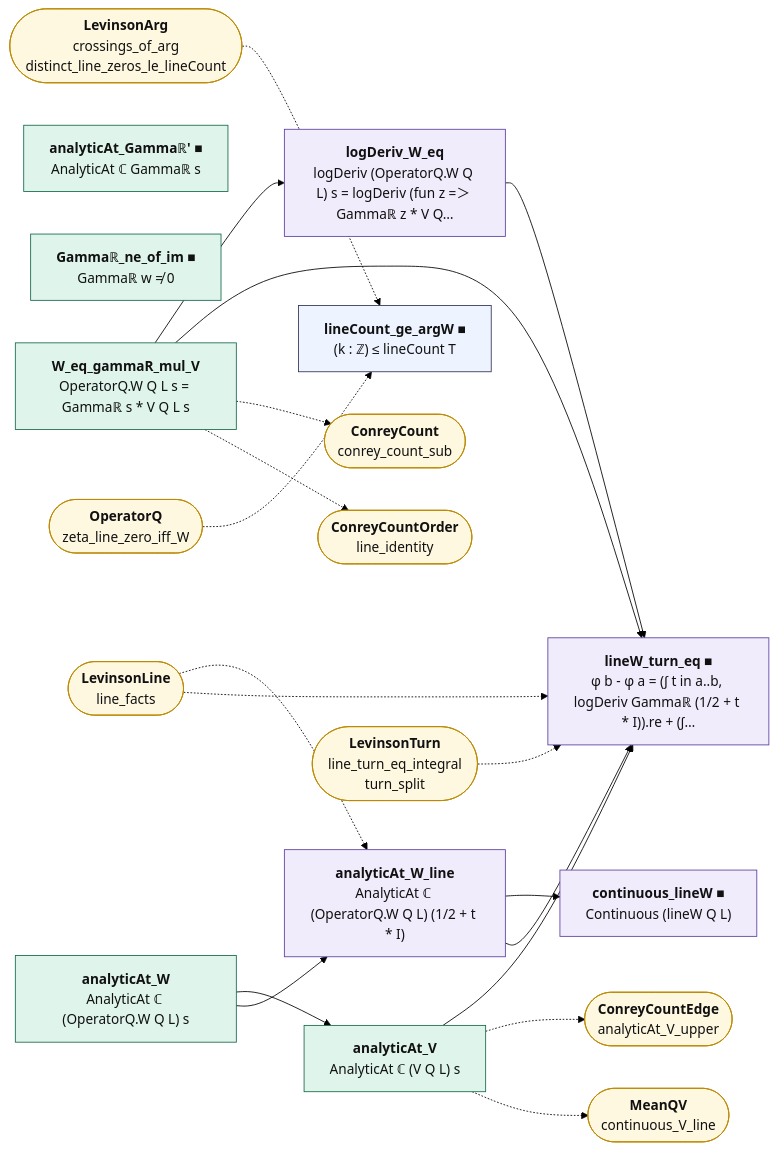
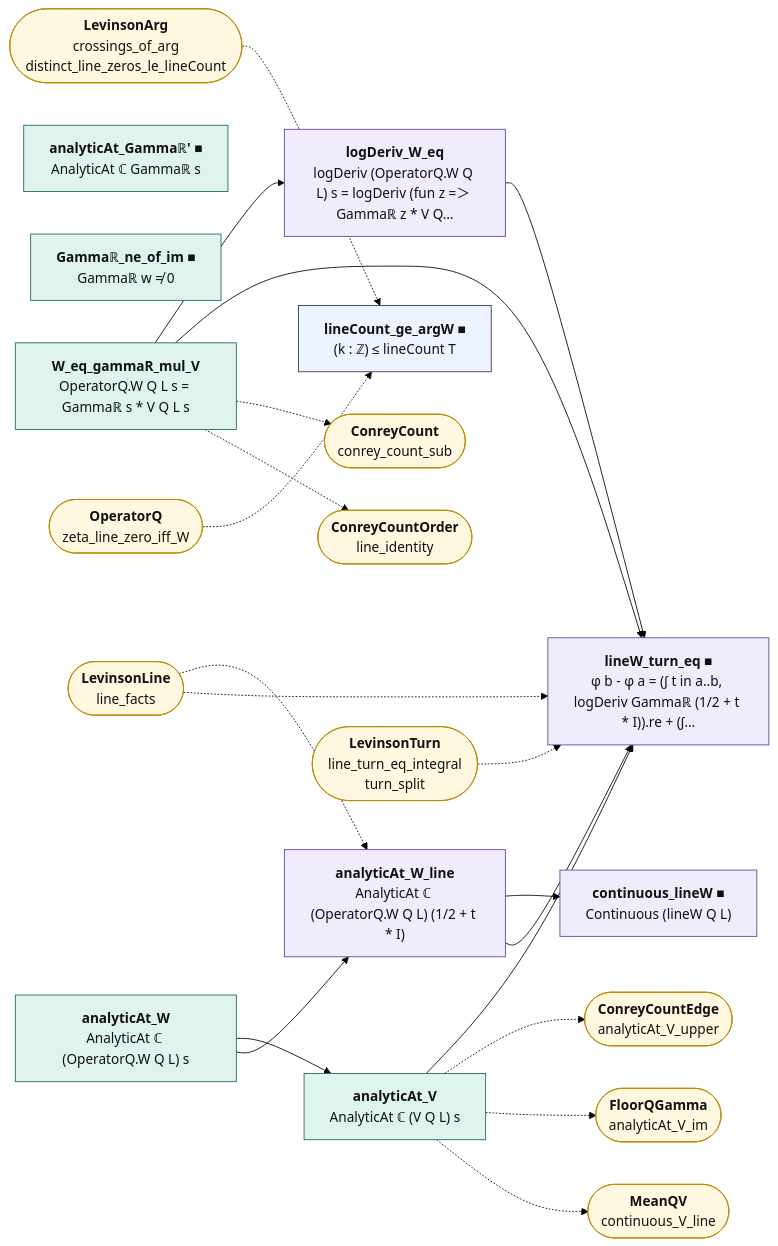
Before and after one commit to juliansambranojr/Primebeat_081426: the diagram in map/lean_stage3/ConreyCountLine.md, drawn with Mermaid (forest theme). The commit also changed other lines of this file and 70 other files, not shown here.

````diff
--- a/map/lean_stage3/ConreyCountLine.md
+++ b/map/lean_stage3/ConreyCountLine.md
@@ -14,46 +14,48 @@
 ```mermaid
 flowchart LR
   n0["<b>analyticAt_W</b><br/>AnalyticAt ℂ (OperatorQ.W Q L) s"]:::cnt
   n1["<b>analyticAt_Gammaℝ' ■</b><br/>AnalyticAt ℂ Gammaℝ s"]:::cnt
   n2["<b>analyticAt_V</b><br/>AnalyticAt ℂ (V Q L) s"]:::cnt
   n3["<b>Gammaℝ_ne_of_im ■</b><br/>Gammaℝ w ≠ 0"]:::cnt
   n4["<b>W_eq_gammaR_mul_V</b><br/>OperatorQ.W Q L s = Gammaℝ s * V Q L s"]:::cnt
   n5["<b>analyticAt_W_line</b><br/>AnalyticAt ℂ (OperatorQ.W Q L) (1/2 + t * I)"]:::shp
   n6["<b>continuous_lineW ■</b><br/>Continuous (lineW Q L)"]:::shp
   n7["<b>lineCount_ge_argW ■</b><br/>(k : ℤ) ≤ lineCount T"]:::thm
   n8["<b>logDeriv_W_eq</b><br/>logDeriv (OperatorQ.W Q L) s = logDeriv (fun z =＞ Gammaℝ z * V Q…"]:::shp
   n9["<b>lineW_turn_eq ■</b><br/>φ b - φ a = (∫ t in a..b, logDeriv Gammaℝ (1/2 + t * I)).re + (∫…"]:::shp
   x0(["<b>ConreyCountEdge</b><br/>analyticAt_V_upper"]):::ext
-  x1(["<b>MeanQV</b><br/>continuous_V_line"]):::ext
-  x2(["<b>ConreyCount</b><br/>conrey_count_sub"]):::ext
-  x3(["<b>ConreyCountOrder</b><br/>line_identity"]):::ext
-  x4(["<b>LevinsonLine</b><br/>line_facts"]):::ext
-  x5(["<b>LevinsonArg</b><br/>crossings_of_arg<br/>distinct_line_zeros_le_lineCount"]):::ext
-  x6(["<b>OperatorQ</b><br/>zeta_line_zero_iff_W"]):::ext
-  x7(["<b>LevinsonTurn</b><br/>line_turn_eq_integral<br/>turn_split"]):::ext
+  x1(["<b>FloorQGamma</b><br/>analyticAt_V_im"]):::ext
+  x2(["<b>MeanQV</b><br/>continuous_V_line"]):::ext
+  x3(["<b>ConreyCount</b><br/>conrey_count_sub"]):::ext
+  x4(["<b>ConreyCountOrder</b><br/>line_identity"]):::ext
+  x5(["<b>LevinsonLine</b><br/>line_facts"]):::ext
+  x6(["<b>LevinsonArg</b><br/>crossings_of_arg<br/>distinct_line_zeros_le_lineCount"]):::ext
+  x7(["<b>OperatorQ</b><br/>zeta_line_zero_iff_W"]):::ext
+  x8(["<b>LevinsonTurn</b><br/>line_turn_eq_integral<br/>turn_split"]):::ext
   n0 --> n2
   n0 --> n5
   n2 --> n9
   n4 --> n8
   n4 --> n9
   n5 --> n6
   n5 --> n9
   n8 --> n9
   n2 -.-> x0
   n2 -.-> x1
-  n4 -.-> x2
+  n2 -.-> x2
   n4 -.-> x3
-  x4 -.-> n5
-  x4 -.-> n9
-  x5 -.-> n7
+  n4 -.-> x4
+  x5 -.-> n5
+  x5 -.-> n9
   x6 -.-> n7
-  x7 -.-> n9
+  x7 -.-> n7
+  x8 -.-> n9
   classDef cnt fill:#dff5ec,stroke:#17694a,color:#111
   classDef shp fill:#f1ecfb,stroke:#5b3fa0,color:#111
   classDef rh fill:#ffe5e5,stroke:#c22,color:#111,stroke-width:2px
   classDef thm fill:#eef4ff,stroke:#335,color:#111
   classDef end_ fill:#e7f7e7,stroke:#2a7,color:#111,stroke-width:2px
   classDef lone fill:#fff,stroke:#999,color:#111,stroke-dasharray:4 3
   classDef bad fill:#ffe5e5,stroke:#c22,color:#111,stroke-width:2px
   classDef ext fill:#fff8e1,stroke:#b80,color:#111
 ```
````
